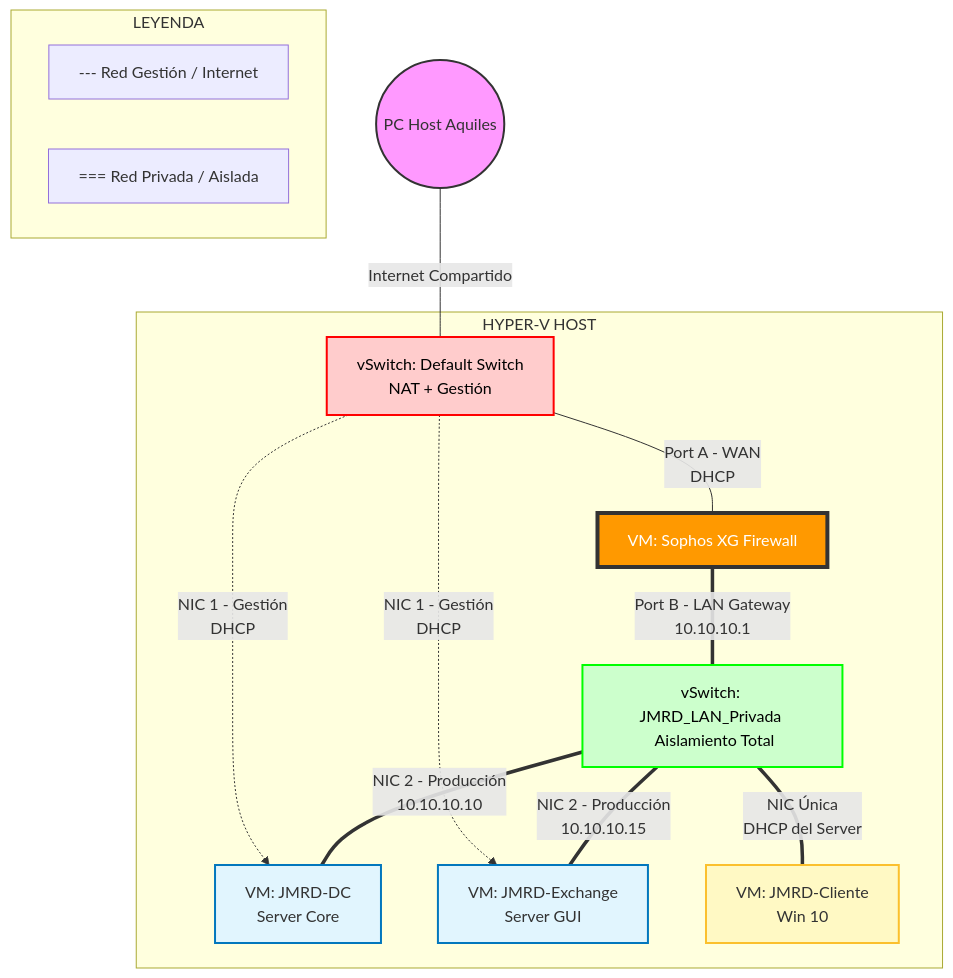
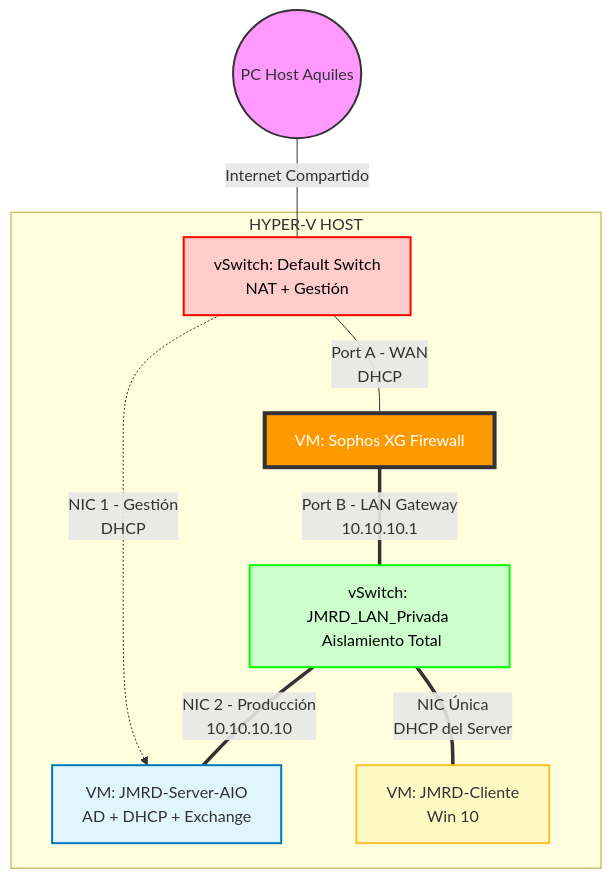
Before and after one commit to JoseDavila24/Guias: the diagram in guias/mail-server-guides/Windows server/Arquitectura_Proyecto_Fortaleza_JMRD_Optimizada.md, drawn with Mermaid. The commit also changed other lines of this file, not shown here.

````diff
--- a/guias/mail-server-guides/Windows server/Arquitectura_Proyecto_Fortaleza_JMRD_Optimizada.md
+++ b/guias/mail-server-guides/Windows server/Arquitectura_Proyecto_Fortaleza_JMRD_Optimizada.md
@@ -12,53 +12,39 @@
 ```mermaid
 graph TD
     %% Nodos de Infraestructura Hyper-V
     Host((PC Host Aquiles))
     DefSw[vSwitch: Default Switch <br/> NAT + Gestión]
     PrivSw[vSwitch: JMRD_LAN_Privada <br/> Aislamiento Total]
 
     %% Máquinas Virtuales (Nodos)
     Sophos[VM: Sophos XG Firewall]
-    WinAD[VM: JMRD-DC <br/> Server Core]
-    WinEx[VM: JMRD-Exchange <br/> Server GUI]
+    WinSrv[VM: JMRD-Server-AIO <br/> AD + DHCP + Exchange]
     Win10[VM: JMRD-Cliente <br/> Win 10]
 
     %% Estilos Visuales
     style Host fill:#f9f,stroke:#333,stroke-width:2px
     style DefSw fill:#ffcccc,stroke:#f00,stroke-width:2px,color:#000
     style PrivSw fill:#ccffcc,stroke:#0f0,stroke-width:2px,color:#000
     style Sophos fill:#ff9900,stroke:#333,stroke-width:4px,color:#fff
-    style WinAD fill:#e1f5fe,stroke:#0277bd,stroke-width:2px
-    style WinEx fill:#e1f5fe,stroke:#0277bd,stroke-width:2px
+    style WinSrv fill:#e1f5fe,stroke:#0277bd,stroke-width:2px
     style Win10 fill:#fff9c4,stroke:#fbc02d,stroke-width:2px
 
     %% --- CONEXIONES ZONA GESTIÓN (WAN/EXTERNA) ---
-    %% El Default Switch conecta tu PC real con las VMs para Internet y RDP
     Host ---|Internet Compartido| DefSw
     DefSw ---|Port A - WAN <br/> DHCP| Sophos
-    DefSw -.->|NIC 1 - Gestión <br/> DHCP| WinAD
-    DefSw -.->|NIC 1 - Gestión <br/> DHCP| WinEx
+    DefSw -.->|NIC 1 - Gestión <br/> DHCP| WinSrv
 
     %% --- CONEXIONES ZONA PRODUCCIÓN (LAN PRIVADA) ---
-    %% El Private Switch es un "Vacío", solo las VMs se ven entre ellas
     Sophos ===|Port B - LAN Gateway <br/> 10.10.10.1| PrivSw
-    PrivSw ===|NIC 2 - Producción <br/> 10.10.10.10| WinAD
-    PrivSw ===|NIC 2 - Producción <br/> 10.10.10.15| WinEx
+    PrivSw ===|NIC 2 - Producción <br/> 10.10.10.10| WinSrv
     PrivSw ===|NIC Única <br/> DHCP del Server| Win10
 
     %% Agrupación lógica
     subgraph HYPER-V HOST
     DefSw
     PrivSw
     Sophos
-    WinAD
-    WinEx
+    WinSrv
     Win10
     end
-
-    %% Leyenda
-    subgraph LEYENDA
-    direction LR
-    L1[--- Red Gestión / Internet]
-    L2[=== Red Privada / Aislada]
-    end
 ```
````
